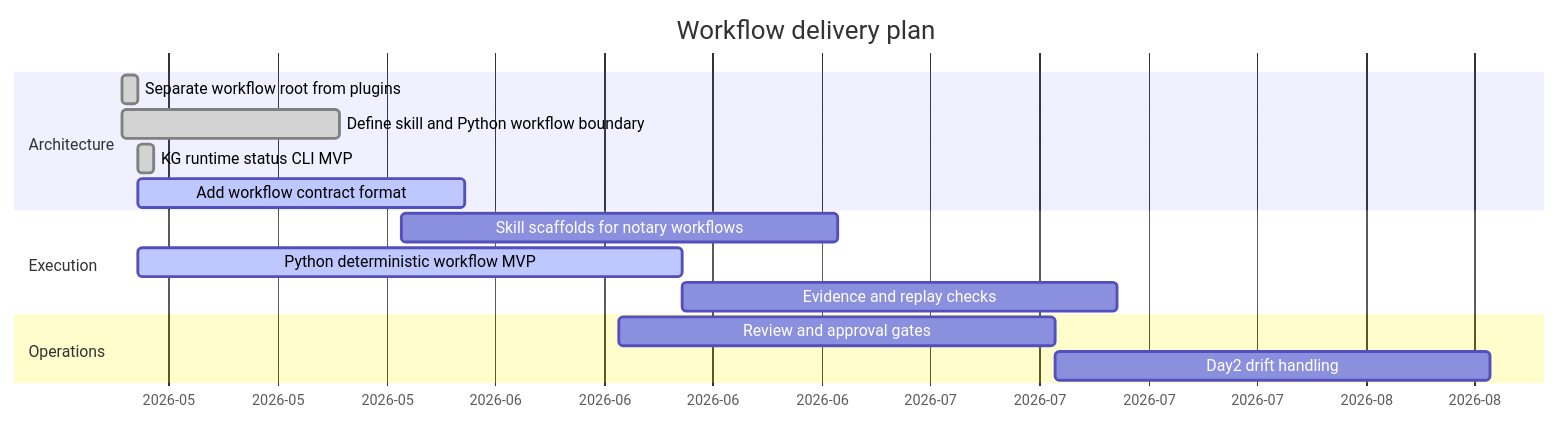
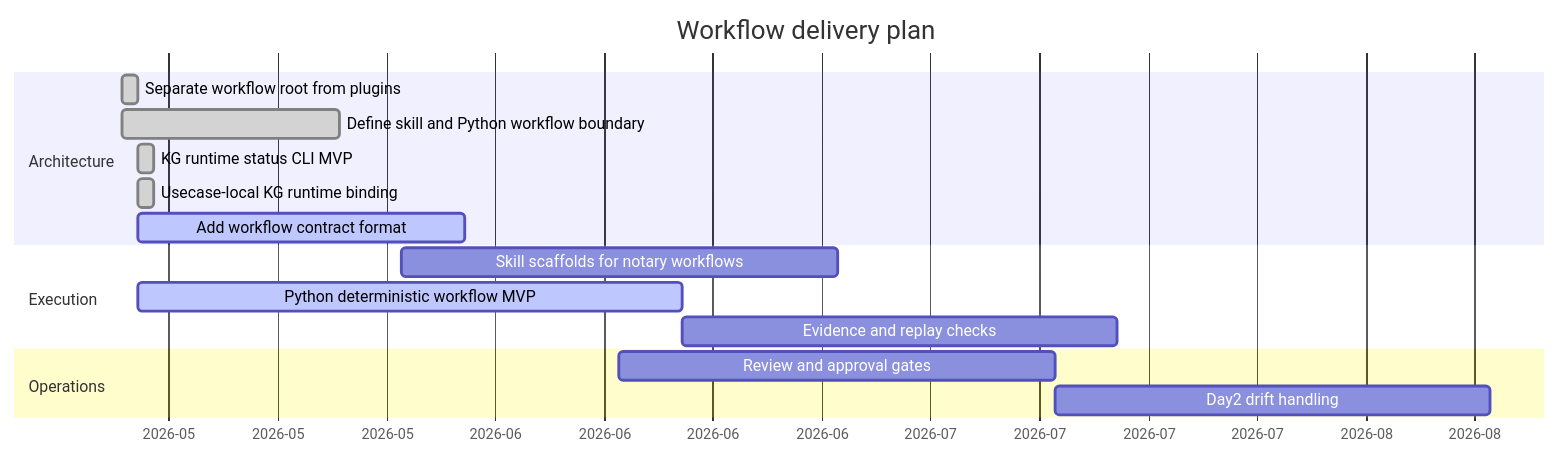
Before and after one commit to notariat8/NaC: the diagram in workflows/GANTT.md, drawn with Mermaid. The commit also changed other lines of this file and 94 other files, not shown here.

Commit message:
Move knowledge graphs into usecases

````diff
--- a/workflows/GANTT.md
+++ b/workflows/GANTT.md
@@ -5,21 +5,22 @@
 ```mermaid
 gantt
     title Workflow delivery plan
     dateFormat  YYYY-MM-DD
     axisFormat  %Y-%m
 
     section Architecture
     Separate workflow root from plugins         :done,   w1, 2026-05-14, 1d
     Define skill and Python workflow boundary   :done,   w2, 2026-05-14, 14d
     KG runtime status CLI MVP                   :done,   w3, 2026-05-15, 1d
+    Usecase-local KG runtime binding            :done,   w3a, 2026-05-15, 1d
     Add workflow contract format                :active, w4, 2026-05-15, 21d
 
     section Execution
     Skill scaffolds for notary workflows        :        w5, 2026-06-01, 28d
     Python deterministic workflow MVP           :active, w6, 2026-05-15, 35d
     Evidence and replay checks                  :        w7, after w6, 28d
 
     section Operations
     Review and approval gates                   :        w8, 2026-06-15, 28d
     Day2 drift handling                         :        w9, after w8, 28d
 ```
````
